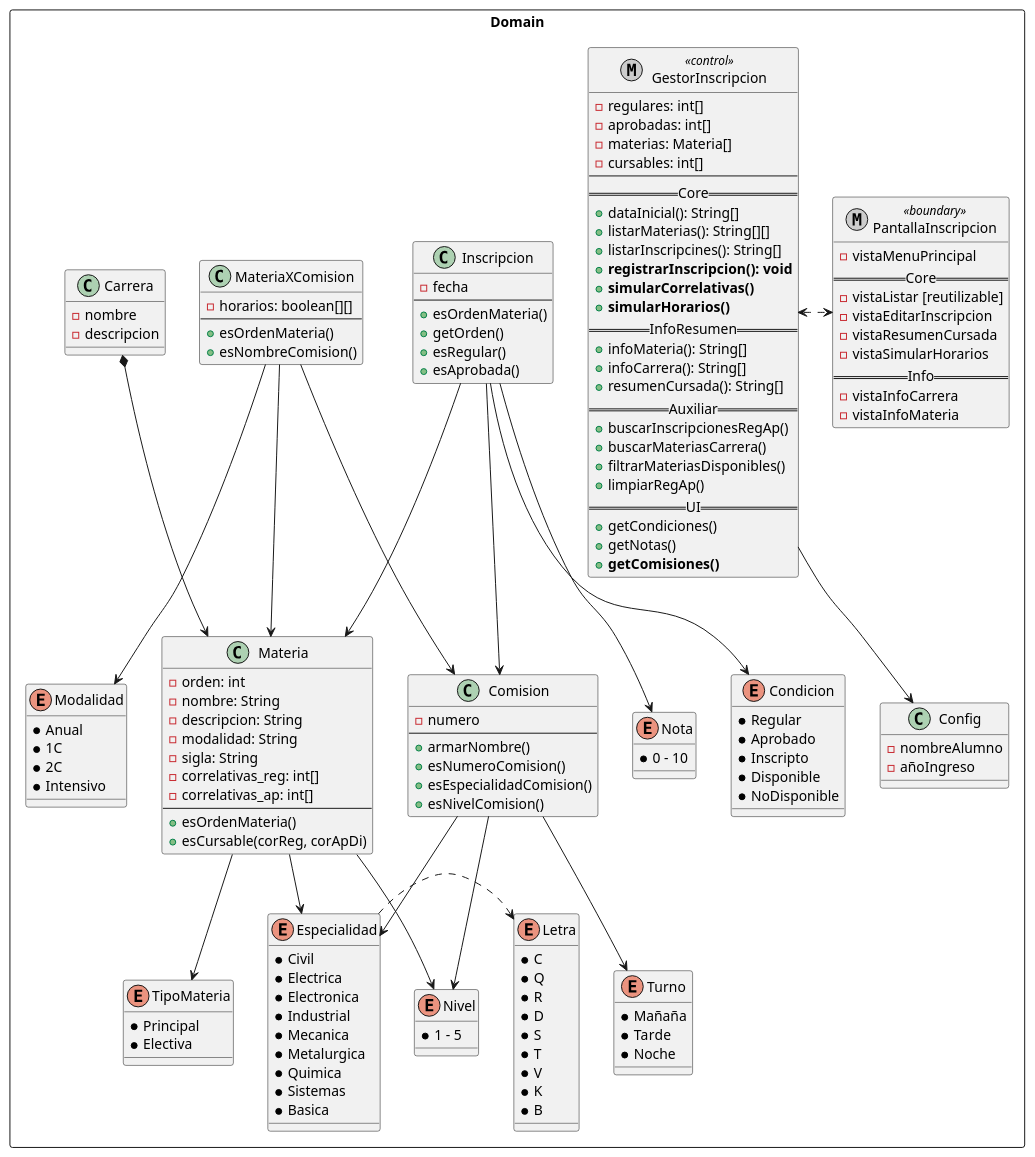
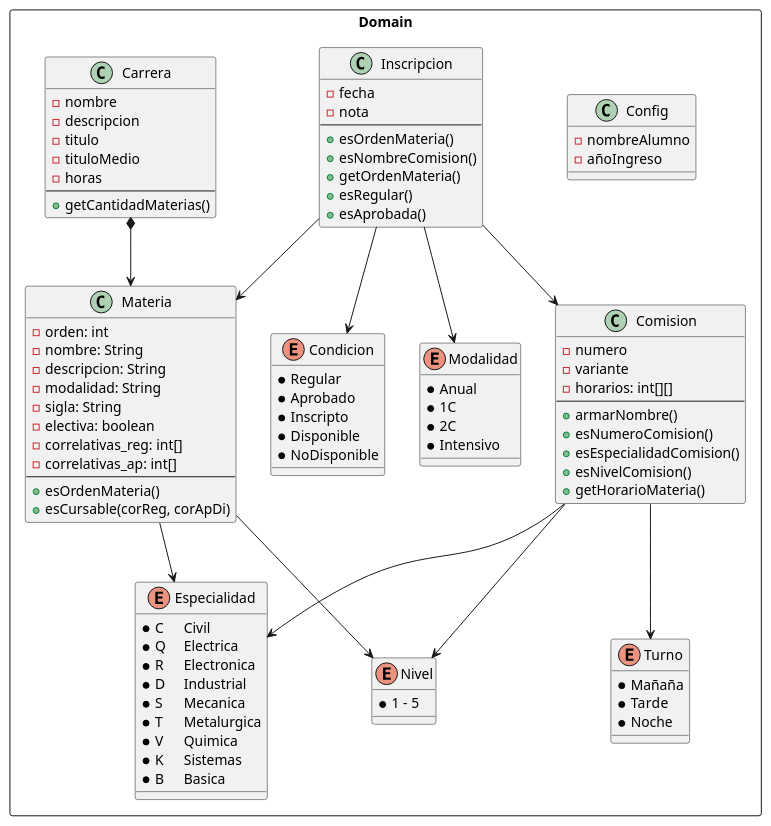
The diagram in Doc/UTNEZ_ClassDomain.puml (EmilianoM7/UTN_EZ), drawn with PlantUML before and after one commit. The commit also changed 37 other files, not shown here.

```diff
--- a/Doc/UTNEZ_ClassDomain.puml
+++ b/Doc/UTNEZ_ClassDomain.puml
@@ -1,177 +1,111 @@
 @startuml
 
 rectangle Domain{
-    metaclass GestorInscripcion <<control>>{
-        - regulares: int[]
-        - aprobadas: int[]
-        - materias: Materia[]
-        - cursables: int[]
-        --
-        ==Core==
-        + dataInicial(): String[]
-        + listarMaterias(): String[][]
-        + listarInscripcines(): String[]
-        + <b>registrarInscripcion(): void
-        + <b>simularCorrelativas()
-        + <b>simularHorarios()
-        ==InfoResumen==
-        + infoMateria(): String[]
-        + infoCarrera(): String[]
-        + resumenCursada(): String[]
-        ==Auxiliar==
-        + buscarInscripcionesRegAp()
-        + buscarMateriasCarrera()
-        + filtrarMateriasDisponibles()
-        + limpiarRegAp()
-        ==UI==
-        + getCondiciones()
-        + getNotas()
-        + <b>getComisiones()
-    }
 
-    metaclass PantallaInscripcion <<boundary>>{
-        - vistaMenuPrincipal
-        ==Core==
-        - vistaListar [reutilizable]
-        - vistaEditarInscripcion
-        - vistaResumenCursada
-        - vistaSimularHorarios
-        ==Info==
-        - vistaInfoCarrera
-        - vistaInfoMateria
+    class Config {
+        - nombreAlumno
+        - añoIngreso
     }
 
     class Inscripcion{
         - fecha
-        --
-        + esOrdenMateria()
-        + getOrden()
-        + esRegular()
-        + esAprobada()
-    }
-
-    class MateriaXComision{
-        - horarios: boolean[][]
+        - nota
         --
         + esOrdenMateria()
         + esNombreComision()
+        + getOrdenMateria()
+        + esRegular()
+        + esAprobada()
     }
 
     class Carrera {
         - nombre
         - descripcion
-    }
-
-    class Config {
-        - nombreAlumno
-        - añoIngreso
+        - titulo
+        - tituloMedio
+        - horas
+        --
+        + getCantidadMaterias()
     }
 
     class Materia {
         - orden: int
         - nombre: String
         - descripcion: String
         - modalidad: String
         - sigla: String
+        - electiva: boolean
         - correlativas_reg: int[]
         - correlativas_ap: int[]
         --
         + esOrdenMateria()
         + esCursable(corReg, corApDi)
     }
 
     class Comision{
         - numero
+        - variante
+        - horarios: int[][]
         --
         + armarNombre()
         + esNumeroComision()
         + esEspecialidadComision()
         + esNivelComision()
-    }
-
-    enum Nota{
-        * 0 - 10
+        + getHorarioMateria()
     }
 
     enum Condicion{
         * Regular
         * Aprobado
         * Inscripto
         * Disponible
         * NoDisponible
     }
 
-    enum TipoMateria{
-        * Principal
-        * Electiva
-    }
-
     enum Especialidad{
-        * Civil
-        * Electrica
-        * Electronica
-        * Industrial
-        * Mecanica
-        * Metalurgica
-        * Quimica
-        * Sistemas
-        * Basica
-    }
-
-    enum Letra{
-        * C
-        * Q
-        * R
-        * D
-        * S
-        * T
-        * V
-        * K
-        * B
+        *	C	Civil
+        *	Q	Electrica
+        *	R	Electronica
+        *	D	Industrial
+        *	S	Mecanica
+        *	T	Metalurgica
+        *	V	Quimica
+        *	K	Sistemas
+        *	B	Basica
     }
 
     enum Turno {
         * Mañaña
         * Tarde
         * Noche
     }
 
     enum Modalidad {
         * Anual
         * 1C
         * 2C
         * Intensivo
     }
 
     enum Nivel{
         * 1 - 5
     }
 
-    GestorInscripcion --> Config
-
-    GestorInscripcion <.> PantallaInscripcion
-
     Carrera *--> Materia
     'Carrera --> Especialidad
 
     Materia --> Especialidad
     Materia --> Nivel
-    Materia --> TipoMateria
 
-    Especialidad .> Letra
-
+    Inscripcion --> Condicion
+    Inscripcion --> Materia
     Inscripcion --> Comision
-    Inscripcion --> Condicion
-    Inscripcion --> Nota
-    Inscripcion --> Materia
-
-    MateriaXComision --> Materia
-    MateriaXComision --> Comision
-    MateriaXComision --> Modalidad
+    Inscripcion --> Modalidad
 
     Comision --> Turno
     Comision --> Especialidad
     Comision --> Nivel
 }
 
+
 @enduml
```
